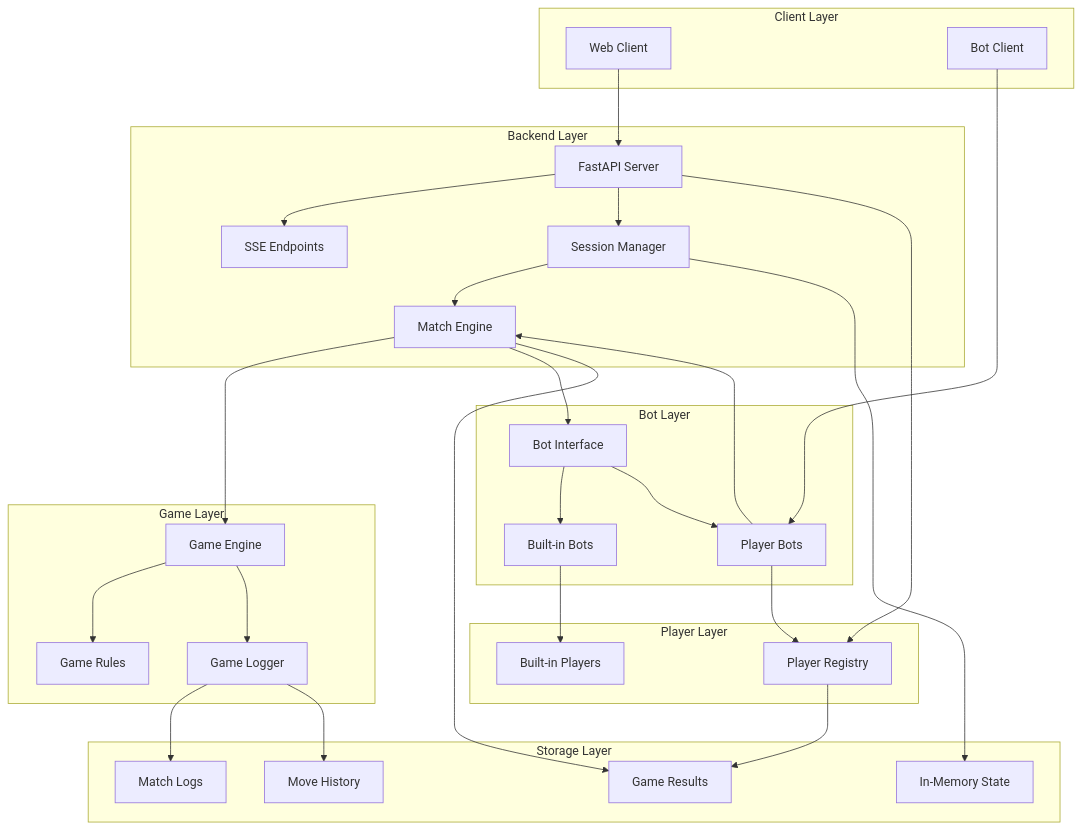
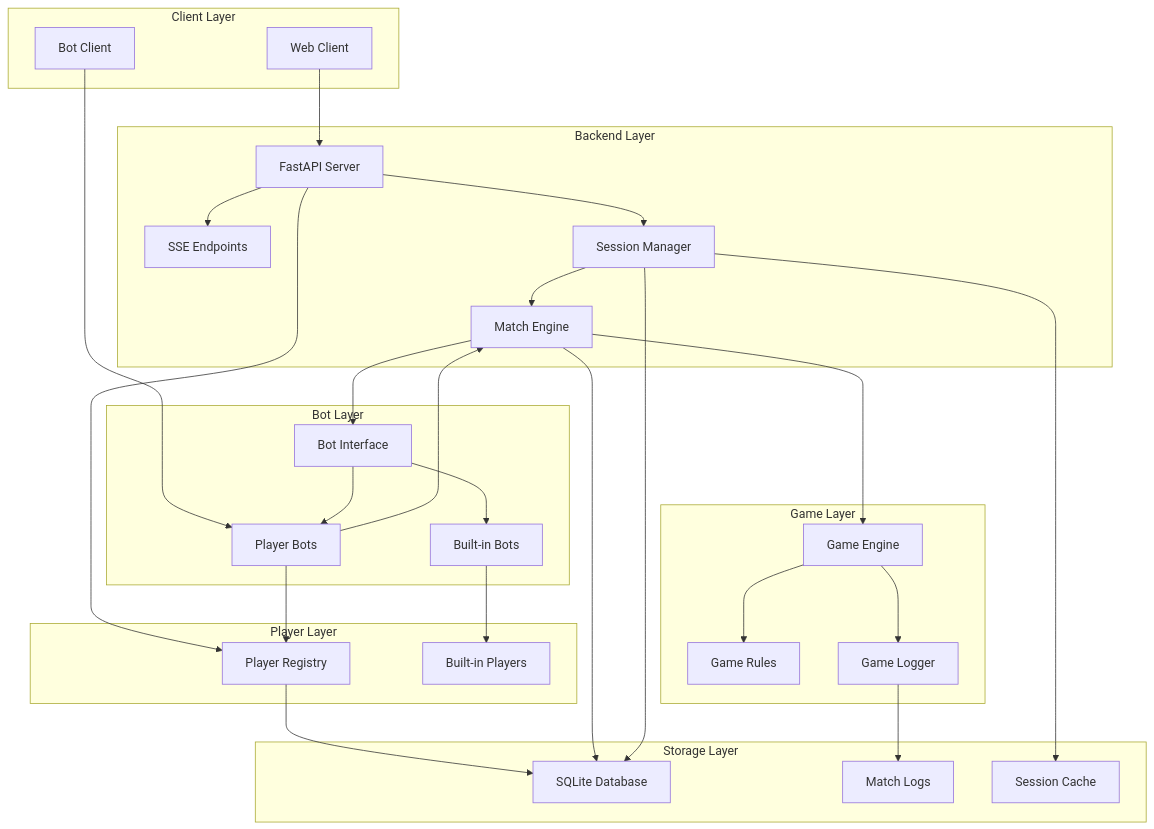
Before and after one commit to swex-camp2024-copilot/swex-camp-spellcaster: the diagram in .vibedev/specs/spellcasters-playground-backend/design.md, drawn with Mermaid. The commit also changed other lines of this file and 2 other files, not shown here.

````diff
--- a/.vibedev/specs/spellcasters-playground-backend/design.md
+++ b/.vibedev/specs/spellcasters-playground-backend/design.md
@@ -11,59 +11,58 @@
 ```mermaid
 graph TB
     subgraph "Client Layer"
         WEB[Web Client]
         BOT[Bot Client]
     end
     
     subgraph "Backend Layer"
         API[FastAPI Server]
         SSE[SSE Endpoints]
         SESSION[Session Manager]
         MATCH[Match Engine]
     end
     
     subgraph "Game Layer"
         ENGINE[Game Engine]
         RULES[Game Rules]
         LOGGER[Game Logger]
     end
     
     subgraph "Bot Layer"
         INTERFACE[Bot Interface]
         BUILTIN[Built-in Bots]
         PLAYERBOT[Player Bots]
     end
     
     subgraph "Player Layer"
         PLAYERS[Player Registry]
         BUILTINPLAYERS[Built-in Players]
     end
     
     subgraph "Storage Layer"
-        MEMORY[In-Memory State]
+        DATABASE[SQLite Database]
         LOGS[Match Logs]
-        HISTORY[Move History]
-        RESULTS[Game Results]
+        MEMORY[Session Cache]
     end
     
     WEB --> API
     BOT --> PLAYERBOT
     API --> SSE
     API --> SESSION
     API --> PLAYERS
     SESSION --> MATCH
     MATCH --> ENGINE
     MATCH --> INTERFACE
     PLAYERBOT --> MATCH
     PLAYERBOT --> PLAYERS
     BUILTIN --> BUILTINPLAYERS
     ENGINE --> RULES
     ENGINE --> LOGGER
     INTERFACE --> BUILTIN
     INTERFACE --> PLAYERBOT
     SESSION --> MEMORY
     LOGGER --> LOGS
-    LOGGER --> HISTORY
-    PLAYERS --> RESULTS
-    MATCH --> RESULTS
+    PLAYERS --> DATABASE
+    MATCH --> DATABASE
+    SESSION --> DATABASE
 ```
````
